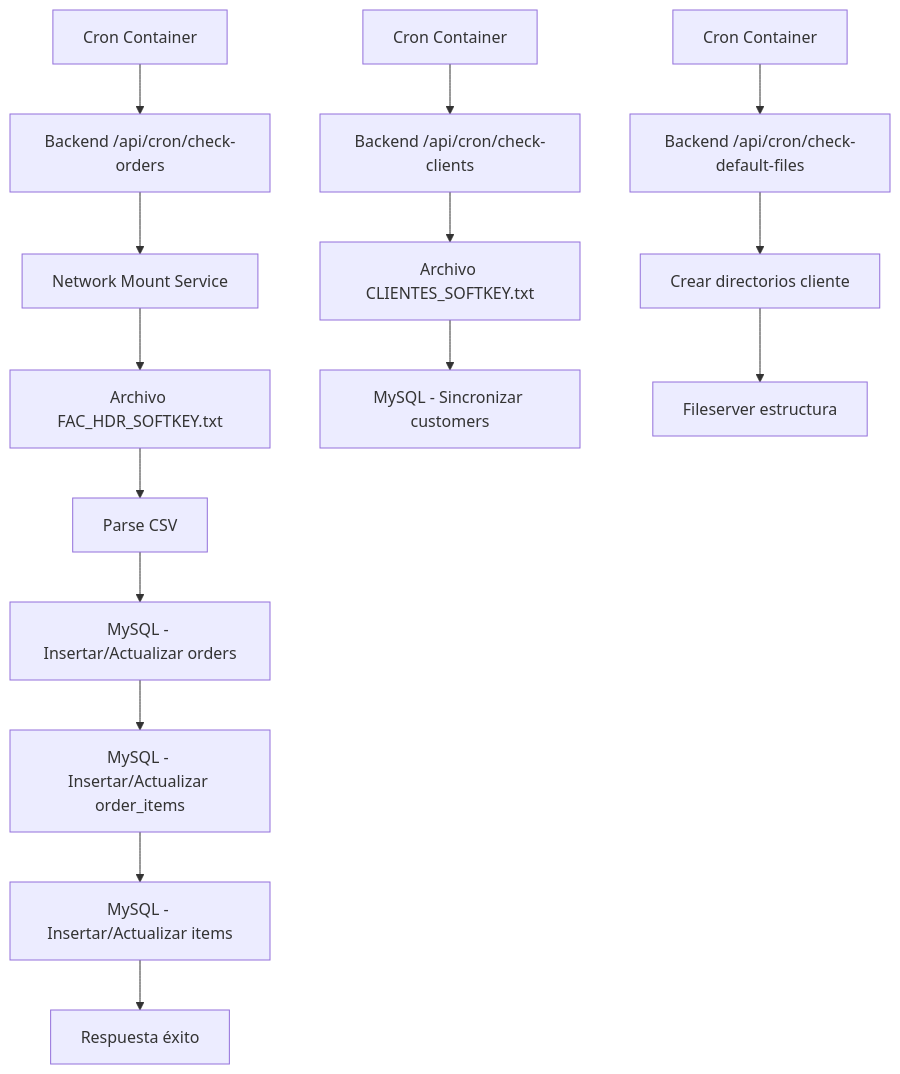
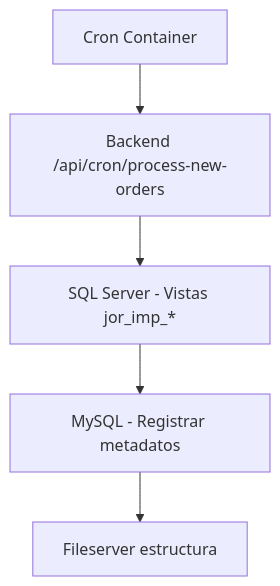
The fifth of 7 diagrams in FLUJOS_SISTEMA.md (Nicetm/Gelymar-Platform), drawn with Mermaid before and after one commit. The commit also changed other lines of this file and 72 other files, not shown here.

Commit message:
Se actualiza TXT a SQL en todo el sistema

````diff
--- a/FLUJOS_SISTEMA.md
+++ b/FLUJOS_SISTEMA.md
@@ -223,19 +225,7 @@
 ```mermaid
 graph TD
-    A["Cron Container"] --> B["Backend /api/cron/check-orders"]
-    B --> C["Network Mount Service"]
-    C --> D["Archivo FAC_HDR_SOFTKEY.txt"]
-    D --> E["Parse CSV"]
-    E --> F["MySQL - Insertar/Actualizar orders"]
-    F --> G["MySQL - Insertar/Actualizar order_items"]
-    G --> H["MySQL - Insertar/Actualizar items"]
-    H --> I["Respuesta éxito"]
-    
-    J["Cron Container"] --> K["Backend /api/cron/check-clients"]
-    K --> L["Archivo CLIENTES_SOFTKEY.txt"]
-    L --> M["MySQL - Sincronizar customers"]
-    
-    N["Cron Container"] --> O["Backend /api/cron/check-default-files"]
-    O --> P["Crear directorios cliente"]
-    P --> Q["Fileserver estructura"]
+    A["Cron Container"] --> B["Backend /api/cron/process-new-orders"]
+    B --> C["SQL Server - Vistas jor_imp_*"]
+    C --> D["MySQL - Registrar metadatos"]
+    D --> E["Fileserver estructura"]
 ```
````
